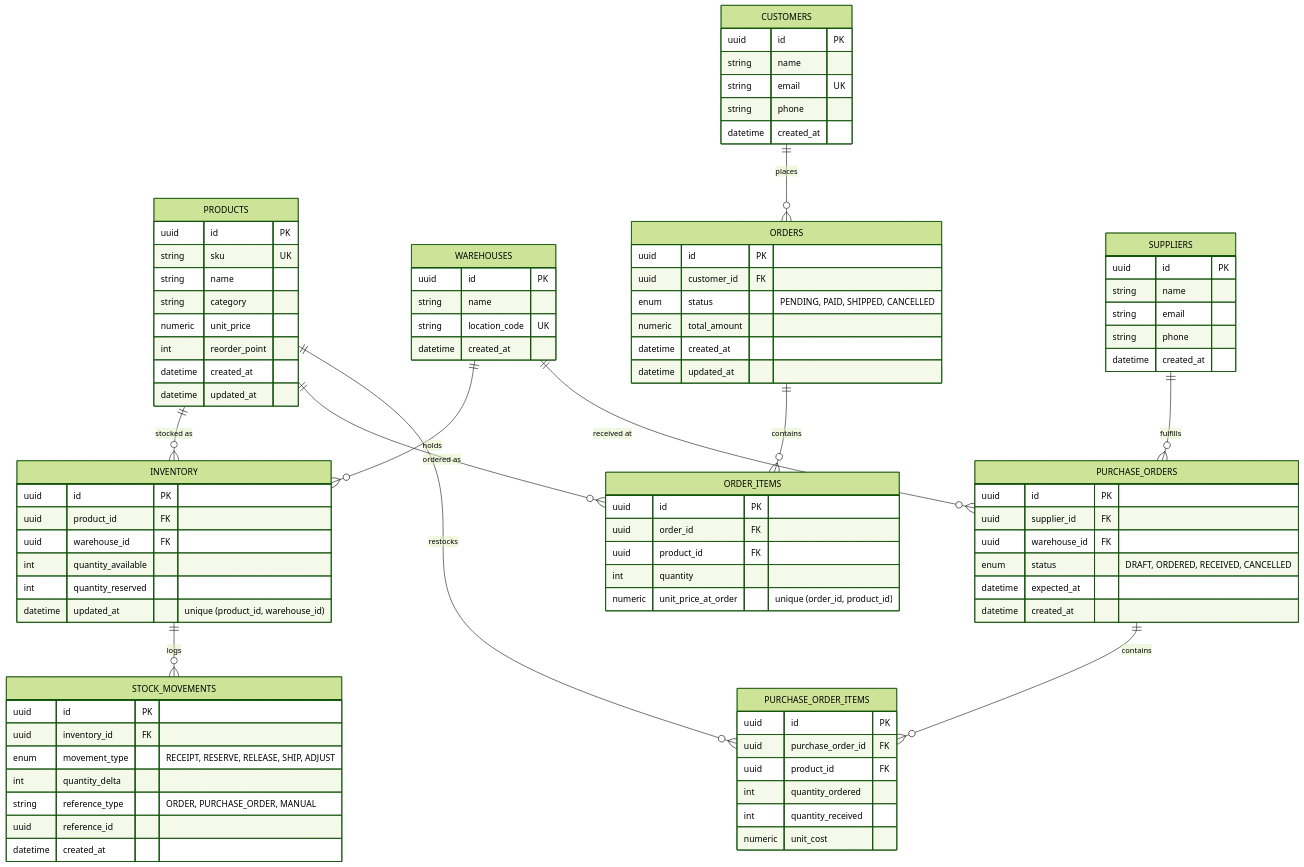
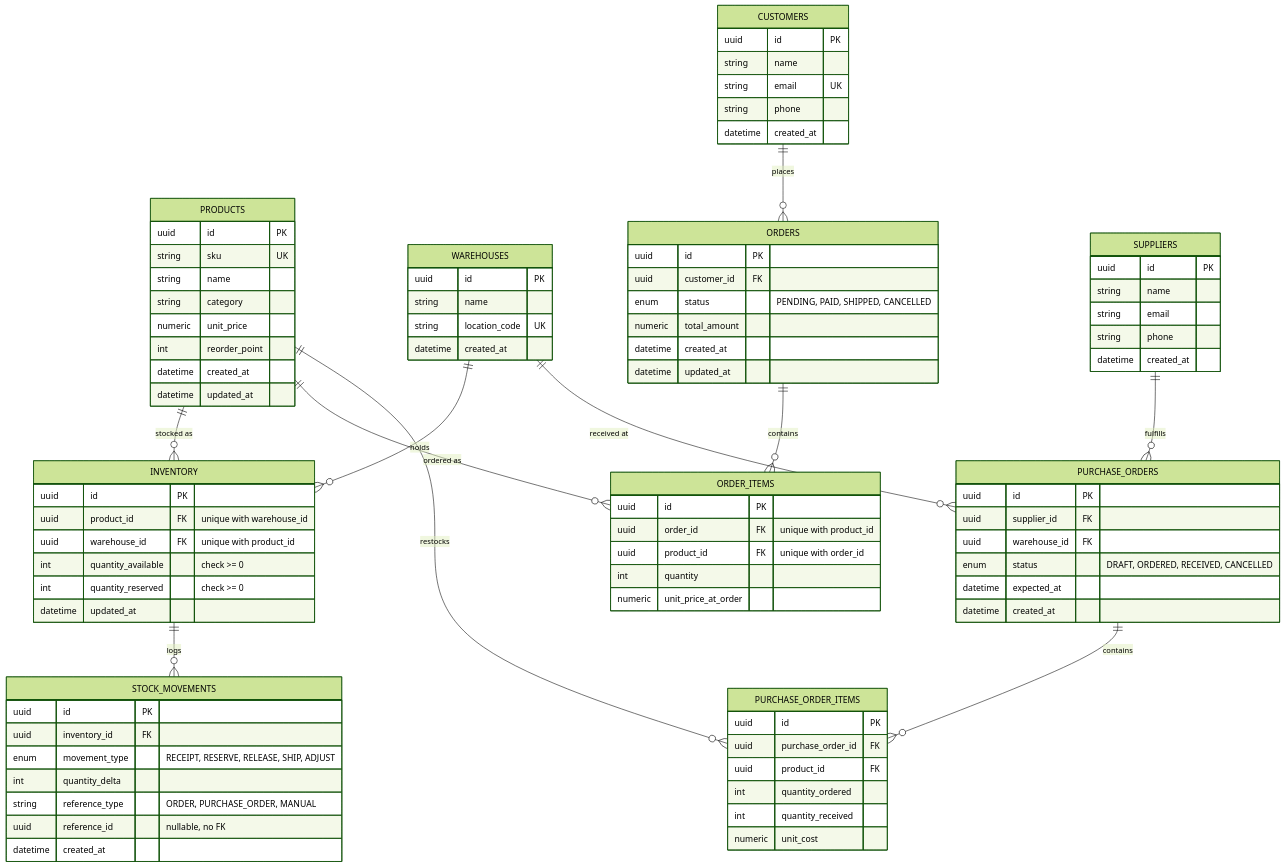
The diagram in schema.md (vilas-gannaram/totes), drawn with Mermaid (forest theme) before and after one commit. The commit also changed other lines of this file and 3 other files, not shown here.

First line of the commit message:
docs: rewrite schema.md as single schema with app grouping and journeys

```diff
--- a/schema.md
+++ b/schema.md
@@ -90,12 +30,11 @@
 
     INVENTORY {
         uuid id PK
-        uuid product_id FK
-        uuid warehouse_id FK
-        int quantity_available
-        int quantity_reserved
+        uuid product_id FK "unique with warehouse_id"
+        uuid warehouse_id FK "unique with product_id"
+        int quantity_available "check >= 0"
+        int quantity_reserved "check >= 0"
         datetime updated_at
-        "unique (product_id, warehouse_id)"
     }
 
     STOCK_MOVEMENTS {
@@ -104,7 +43,7 @@
         enum movement_type "RECEIPT, RESERVE, RELEASE, SHIP, ADJUST"
         int quantity_delta
         string reference_type "ORDER, PURCHASE_ORDER, MANUAL"
-        uuid reference_id
+        uuid reference_id "nullable, no FK"
         datetime created_at
     }
 
@@ -127,11 +66,10 @@
 
     ORDER_ITEMS {
         uuid id PK
-        uuid order_id FK
-        uuid product_id FK
+        uuid order_id FK "unique with product_id"
+        uuid product_id FK "unique with order_id"
         int quantity
         numeric unit_price_at_order
-        "unique (order_id, product_id)"
     }
 
     SUPPLIERS {
```
